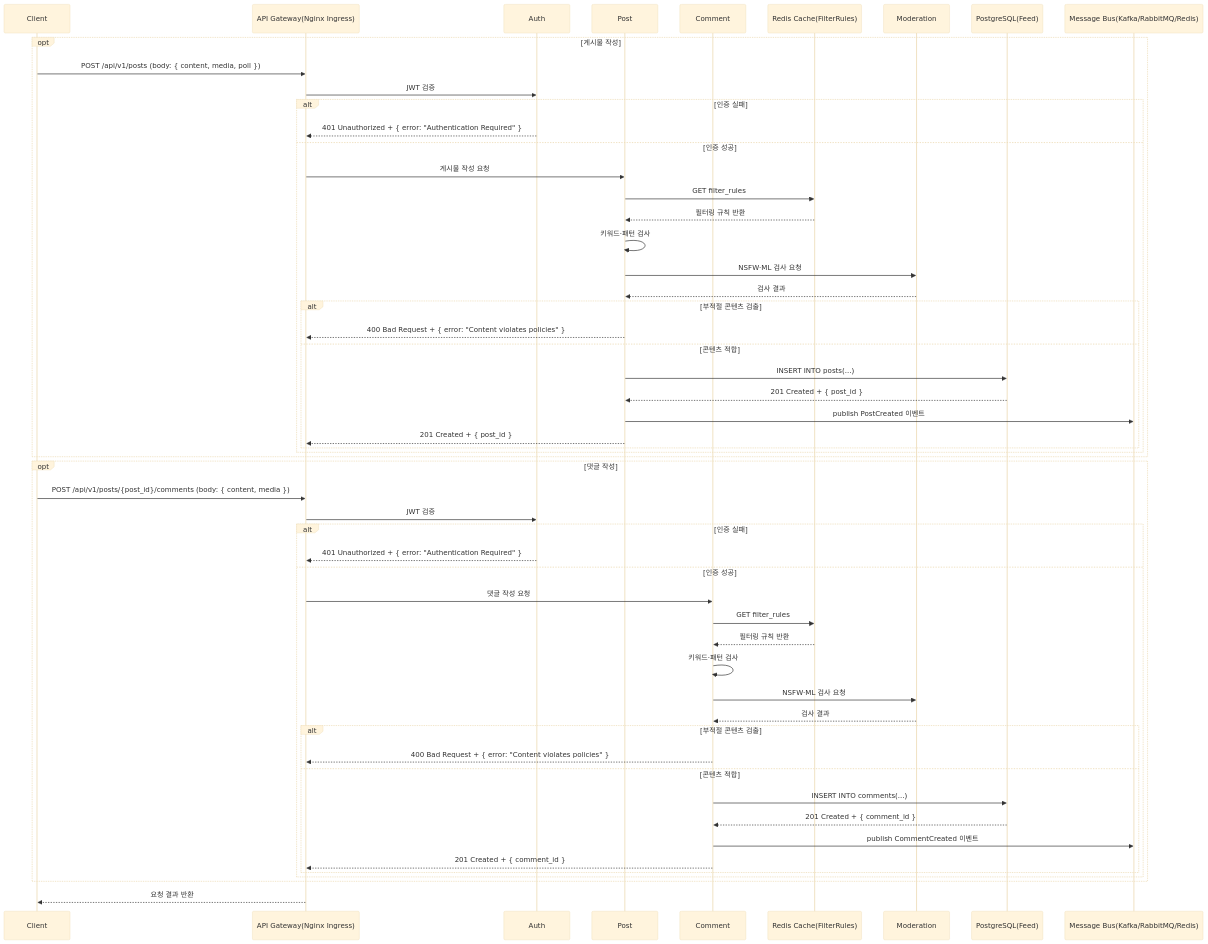
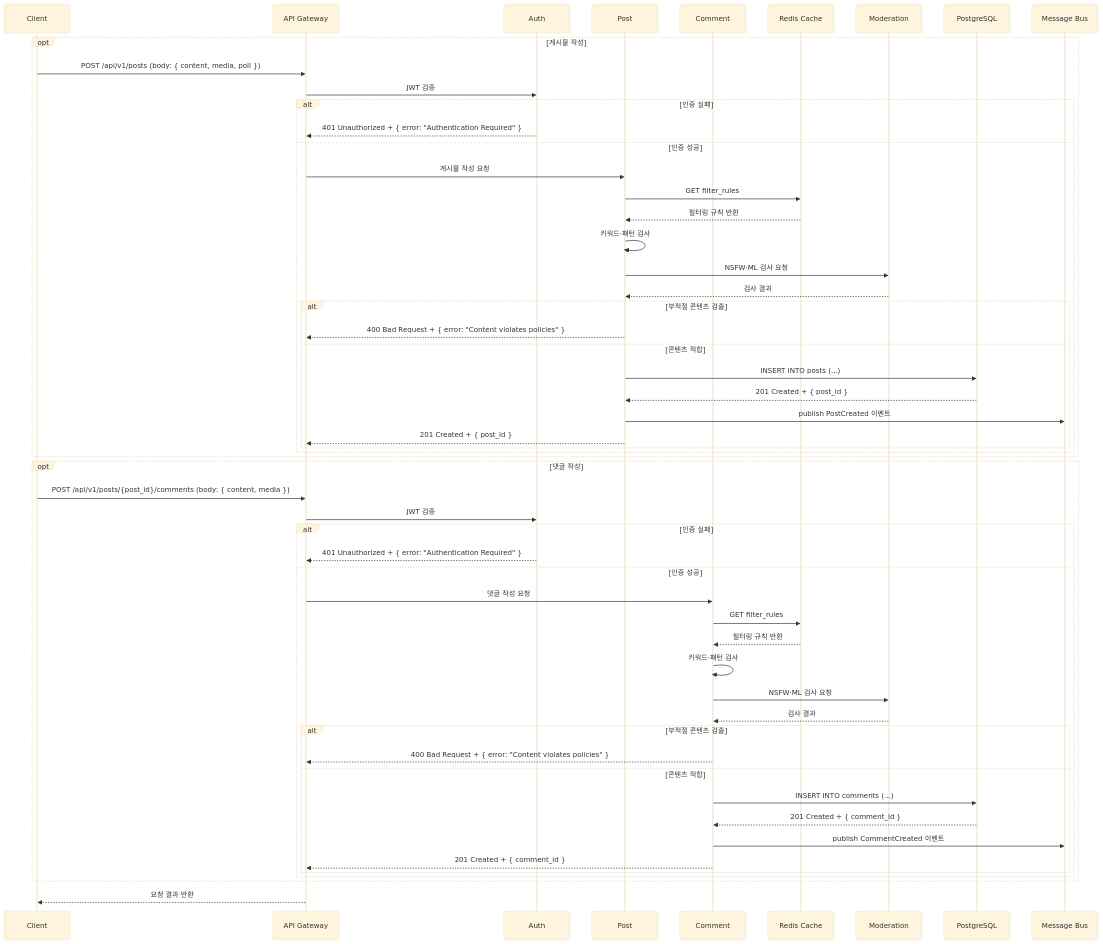
Diagram 15 of 47 in documents/sequence_diagram.md (myeonghan-nim/veilgram), drawn with Mermaid (base theme) before and after one commit. The commit also changed other lines of this file and 1 other file, not shown here.

````diff
--- a/documents/sequence_diagram.md
+++ b/documents/sequence_diagram.md
@@ -518,59 +516,59 @@
 ```mermaid
 sequenceDiagram
     participant Client as Client
-    participant APIGW as API Gateway(Nginx Ingress)
+    participant APIGW as API Gateway
     participant Auth as Auth
     participant Post as Post
     participant Comment as Comment
-    participant Cache as Redis Cache(FilterRules)
+    participant Cache as Redis Cache
     participant Moderation as Moderation
-    participant DB as PostgreSQL(Feed)
-    participant Bus as Message Bus(Kafka/RabbitMQ/Redis)
+    participant DB as PostgreSQL
+    participant Bus as Message Bus
 
     opt 게시물 작성
         Client->>APIGW: POST /api/v1/posts (body: { content, media, poll })
         APIGW->>Auth: JWT 검증
         alt 인증 실패
             Auth-->>APIGW: 401 Unauthorized + { error: "Authentication Required" }
         else 인증 성공
             APIGW->>Post: 게시물 작성 요청
             Post->>Cache: GET filter_rules
             Cache-->>Post: 필터링 규칙 반환
             Post->>Post: 키워드·패턴 검사
             Post->>Moderation: NSFW·ML 검사 요청
             Moderation-->>Post: 검사 결과
             alt 부적절 콘텐츠 검출
                 Post-->>APIGW: 400 Bad Request + { error: "Content violates policies" }
             else 콘텐츠 적합
-                Post->>DB: INSERT INTO posts(...)
+                Post->>DB: INSERT INTO posts (...)
                 DB-->>Post: 201 Created + { post_id }
                 Post->>Bus: publish PostCreated 이벤트
                 Post-->>APIGW: 201 Created + { post_id }
             end
         end
     end
 
     opt 댓글 작성
         Client->>APIGW: POST /api/v1/posts/{post_id}/comments (body: { content, media })
         APIGW->>Auth: JWT 검증
         alt 인증 실패
             Auth-->>APIGW: 401 Unauthorized + { error: "Authentication Required" }
         else 인증 성공
             APIGW->>Comment: 댓글 작성 요청
             Comment->>Cache: GET filter_rules
             Cache-->>Comment: 필터링 규칙 반환
             Comment->>Comment: 키워드·패턴 검사
             Comment->>Moderation: NSFW·ML 검사 요청
             Moderation-->>Comment: 검사 결과
             alt 부적절 콘텐츠 검출
                 Comment-->>APIGW: 400 Bad Request + { error: "Content violates policies" }
             else 콘텐츠 적합
-                Comment->>DB: INSERT INTO comments(...)
+                Comment->>DB: INSERT INTO comments (...)
                 DB-->>Comment: 201 Created + { comment_id }
                 Comment->>Bus: publish CommentCreated 이벤트
                 Comment-->>APIGW: 201 Created + { comment_id }
             end
         end
     end
     APIGW-->>Client: 요청 결과 반환
 ```
````
